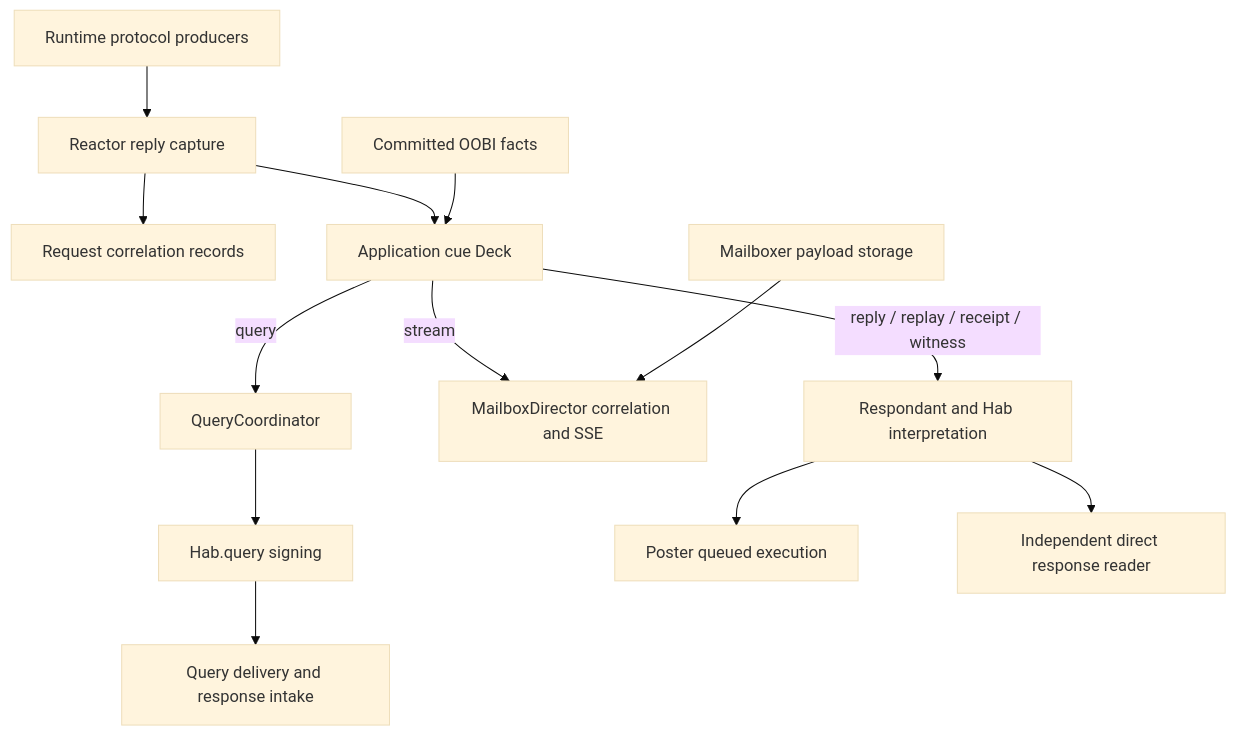
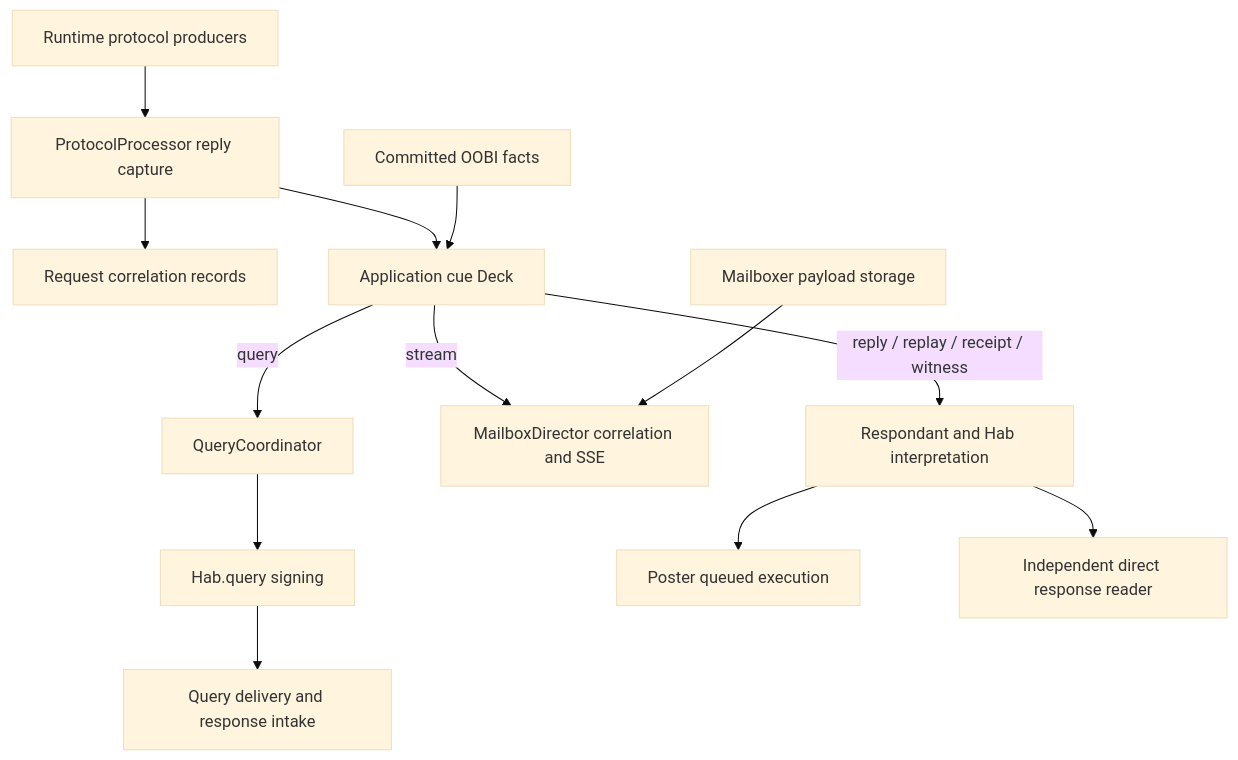
The diagram in docs/design-docs/runtime/CUES.md (kentbull/keri-ts), drawn with Mermaid (base theme) before and after one commit. The commit also changed other lines of this file and 4 other files, not shown here.

First line of the commit message:
Align runtime ownership diagrams with the protocol extraction

````diff
--- a/docs/design-docs/runtime/CUES.md
+++ b/docs/design-docs/runtime/CUES.md
@@ -42,15 +42,15 @@
 ```mermaid
 flowchart TD
-  P[Runtime protocol producers] --> R[Reactor reply capture]
+  P[Runtime protocol producers] --> R[ProtocolProcessor reply capture]
   R --> Q[Request correlation records]
   R --> A[Application cue Deck]
   O[Committed OOBI facts] --> A
   A -->|query| C[QueryCoordinator]
   C --> H[Hab.query signing]
   H --> D[Query delivery and response intake]
   A -->|stream| M[MailboxDirector correlation and SSE]
   A -->|reply / replay / receipt / witness| S[Respondant and Hab interpretation]
   S --> T[Poster queued execution]
   S --> HTP[Independent direct response reader]
   B[Mailboxer payload storage] --> M
 ```
````
